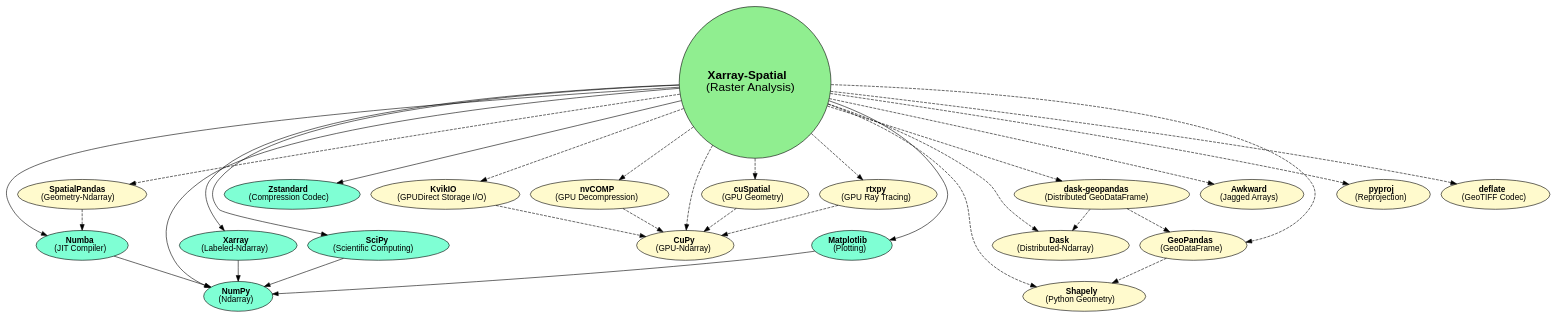
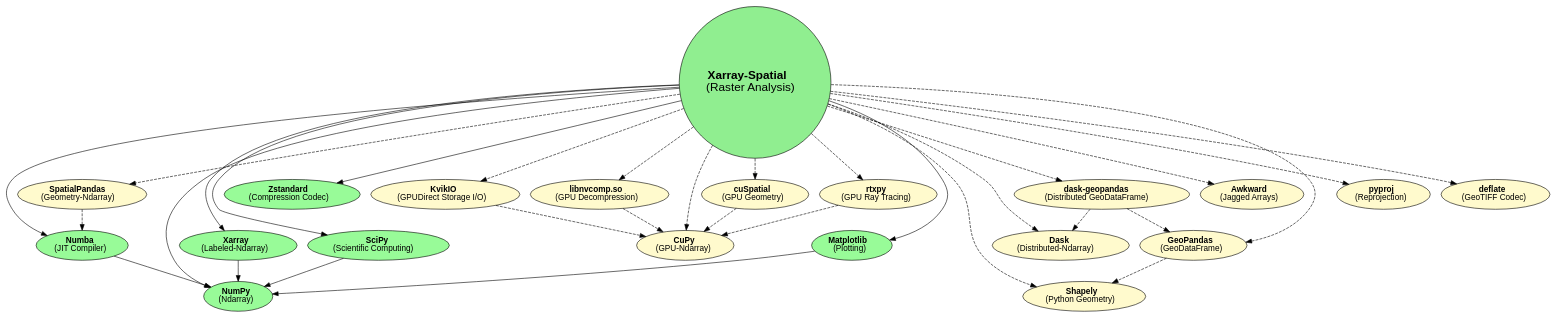
One commit to makepath/xarray-spatial changed the diagram in img/dependencies.dot. Above: the diagram before and after it, drawn with Graphviz. The commit also changed 2 other files, not shown here.

Commit message:
deps graph: address copilot review on legend colors + nvcomp naming
- Recolor required nodes ``aquamarine -> palegreen`` so the
  rendered diagram matches the PR description's "Required (green)"
  legend. The previous aquamarine fill drifted from the intended
  green and would mislead readers using the legend as a key.
- Rename the ``nvcomp`` node to ``libnvcomp``, update the label to
  ``libnvcomp.so``, and keep the official nvCOMP product page as
  the href. The optional dependency is the shared library
  ``libnvcomp.so`` loaded via kvikio/cuda; spelling it as
  ``nvcomp`` invited the misread that ``pip install nvcomp`` is the
  install instruction.
- Regenerate the SVG/PNG from the updated .dot so the rendered
  images match the source.

```diff
--- a/img/dependencies.dot
+++ b/img/dependencies.dot
@@ -1,69 +1,69 @@
 digraph G {
 
 graph [fontname = "helvetica"];
 node [fontname = "helvetica"];
 edge [fontname = "helvetica"];
 
 
 subgraph required {
 	xarray_spatial -> numpy;
 	xarray_spatial -> xarray;
 	xarray_spatial -> numba;
 	xarray_spatial -> scipy;
 	xarray_spatial -> matplotlib;
 	xarray_spatial -> zstandard;
 	xarray -> numpy;
 	numba -> numpy;
 	scipy -> numpy;
 	matplotlib -> numpy;
 };
 
 subgraph optional {
 	xarray_spatial -> cupy [style=dashed];
 	xarray_spatial -> cuspatial [style=dashed];
 	xarray_spatial -> rtxpy [style=dashed];
 	xarray_spatial -> kvikio [style=dashed];
-	xarray_spatial -> nvcomp [style=dashed];
+	xarray_spatial -> libnvcomp [style=dashed];
 	xarray_spatial -> dask [style=dashed];
 	xarray_spatial -> dask_geopandas [style=dashed];
 	xarray_spatial -> shapely [style=dashed];
 	xarray_spatial -> geopandas [style=dashed];
 	xarray_spatial -> awkward [style=dashed];
 	xarray_spatial -> spatialpandas [style=dashed];
 	xarray_spatial -> pyproj [style=dashed];
 	xarray_spatial -> deflate [style=dashed];
 	cuspatial -> cupy [style=dashed];
 	rtxpy -> cupy [style=dashed];
 	kvikio -> cupy [style=dashed];
-	nvcomp -> cupy [style=dashed];
+	libnvcomp -> cupy [style=dashed];
 	dask_geopandas -> dask [style=dashed];
 	dask_geopandas -> geopandas [style=dashed];
 	geopandas -> shapely [style=dashed];
 	spatialpandas -> numba [style=dashed];
 };
 
 
  xarray_spatial [label=<<b>Xarray-Spatial</b><br />(Raster Analysis)> fillcolor=palegreen2 fontsize=20 width=0.5 shape=circle style=filled];
 
- numpy [label=<<b>NumPy</b><br />(Ndarray)> fillcolor=aquamarine style=filled];
- xarray [label=<<b>Xarray</b><br/>(Labeled-Ndarray)> fillcolor=aquamarine style=filled];
- numba [label=<<b>Numba</b><br />(JIT Compiler)> fillcolor=aquamarine style=filled];
- scipy [label=<<b>SciPy</b><br />(Scientific Computing)> fillcolor=aquamarine style=filled];
- matplotlib [label=<<b>Matplotlib</b><br />(Plotting)> fillcolor=aquamarine style=filled];
- zstandard [label=<<b>Zstandard</b><br />(Compression Codec)> fillcolor=aquamarine style=filled];
+ numpy [label=<<b>NumPy</b><br />(Ndarray)> fillcolor=palegreen style=filled];
+ xarray [label=<<b>Xarray</b><br/>(Labeled-Ndarray)> fillcolor=palegreen style=filled];
+ numba [label=<<b>Numba</b><br />(JIT Compiler)> fillcolor=palegreen style=filled];
+ scipy [label=<<b>SciPy</b><br />(Scientific Computing)> fillcolor=palegreen style=filled];
+ matplotlib [label=<<b>Matplotlib</b><br />(Plotting)> fillcolor=palegreen style=filled];
+ zstandard [label=<<b>Zstandard</b><br />(Compression Codec)> fillcolor=palegreen style=filled];
 
  cupy [label=<<b>CuPy</b><br />(GPU-Ndarray)> fillcolor=lemonchiffon style=filled href="https://github.com/cupy/cupy"];
  cuspatial [label=<<b>cuSpatial</b><br />(GPU Geometry)> fillcolor=lemonchiffon style=filled href="https://github.com/rapidsai/cuspatial"];
  rtxpy [label=<<b>rtxpy</b><br />(GPU Ray Tracing)> fillcolor=lemonchiffon style=filled href="https://github.com/makepath/rtxpy"];
  kvikio [label=<<b>KvikIO</b><br />(GPUDirect Storage I/O)> fillcolor=lemonchiffon style=filled href="https://github.com/rapidsai/kvikio"];
- nvcomp [label=<<b>nvCOMP</b><br />(GPU Decompression)> fillcolor=lemonchiffon style=filled href="https://developer.nvidia.com/nvcomp"];
+ libnvcomp [label=<<b>libnvcomp.so</b><br />(GPU Decompression)> fillcolor=lemonchiffon style=filled href="https://developer.nvidia.com/nvcomp"];
  dask [label=<<b>Dask</b><br />(Distributed-Ndarray)> fillcolor=lemonchiffon style=filled href="https://dask.org"];
  dask_geopandas [label=<<b>dask-geopandas</b><br />(Distributed GeoDataFrame)> fillcolor=lemonchiffon style=filled href="https://github.com/geopandas/dask-geopandas"];
  shapely [label=<<b>Shapely</b><br />(Python Geometry)> fillcolor=lemonchiffon style=filled];
  geopandas [label=<<b>GeoPandas</b><br />(GeoDataFrame)> fillcolor=lemonchiffon style=filled];
  awkward [label=<<b>Awkward</b><br />(Jagged Arrays)> fillcolor=lemonchiffon style=filled href="https://github.com/scikit-hep/awkward"];
  spatialpandas [label=<<b>SpatialPandas</b><br />(Geometry-Ndarray)> fillcolor=lemonchiffon style=filled];
  pyproj [label=<<b>pyproj</b><br />(Reprojection)> fillcolor=lemonchiffon style=filled href="https://github.com/pyproj4/pyproj"];
  deflate [label=<<b>deflate</b><br />(GeoTIFF Codec)> fillcolor=lemonchiffon style=filled];
 
 }
```
